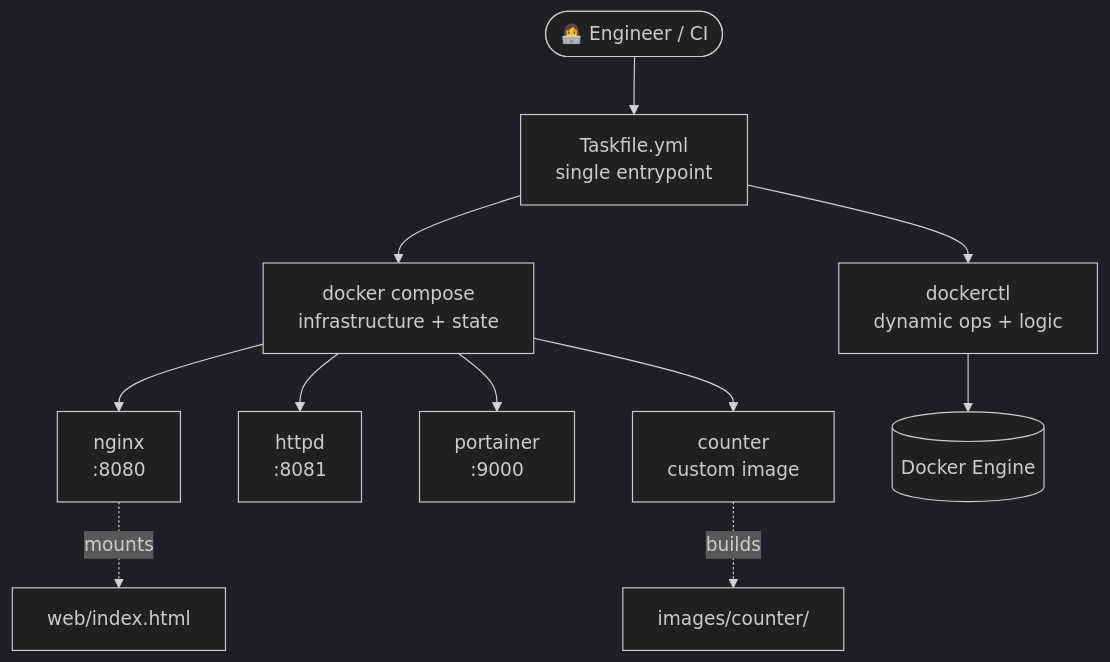
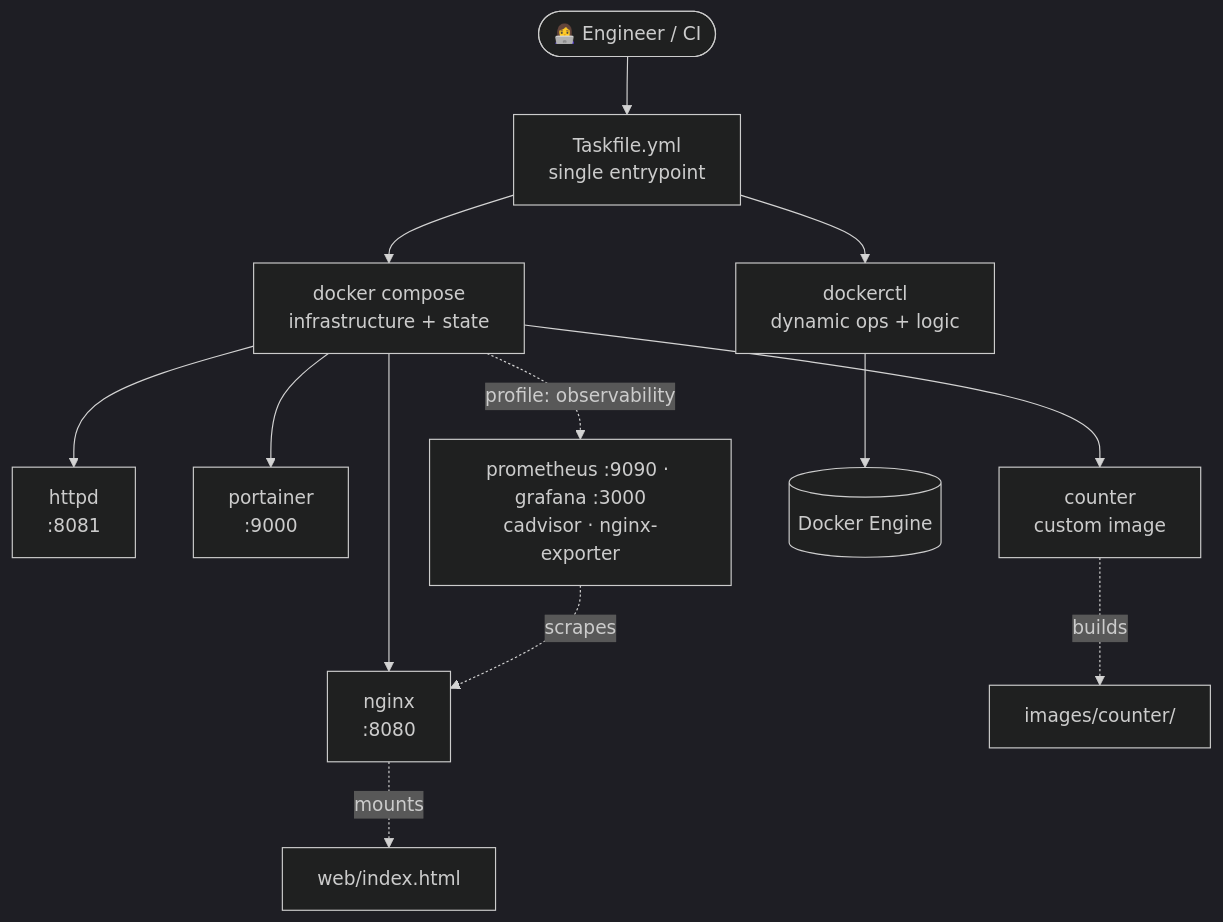
The diagram in README.md (www8351/Docker-DevOps-Tooling), drawn with Mermaid (dark theme) before and after one commit. The commit also changed other lines of this file and 9 other files, not shown here.

First line of the commit message:
feat(compose): hardened observability profile — prometheus, grafana, cadvisor

````diff
--- a/README.md
+++ b/README.md
@@ -56,17 +56,20 @@
 ```mermaid
 flowchart TD
     Dev([👩‍💻 Engineer / CI]) --> Task[Taskfile.yml<br/>single entrypoint]
 
     Task --> Compose[docker compose<br/>infrastructure + state]
     Task --> CLI[dockerctl<br/>dynamic ops + logic]
 
     Compose --> Nginx[nginx<br/>:8080]
     Compose --> Httpd[httpd<br/>:8081]
     Compose --> Portainer[portainer<br/>:9000]
     Compose --> Counter[counter<br/>custom image]
 
     Nginx -. mounts .-> Web[web/index.html]
     Counter -. builds .-> Img[images/counter/]
 
+    Compose -. profile: observability .-> Obs[prometheus :9090 · grafana :3000<br/>cadvisor · nginx-exporter]
+    Obs -. scrapes .-> Nginx
+
     CLI --> Docker[(Docker Engine)]
 ```
````
